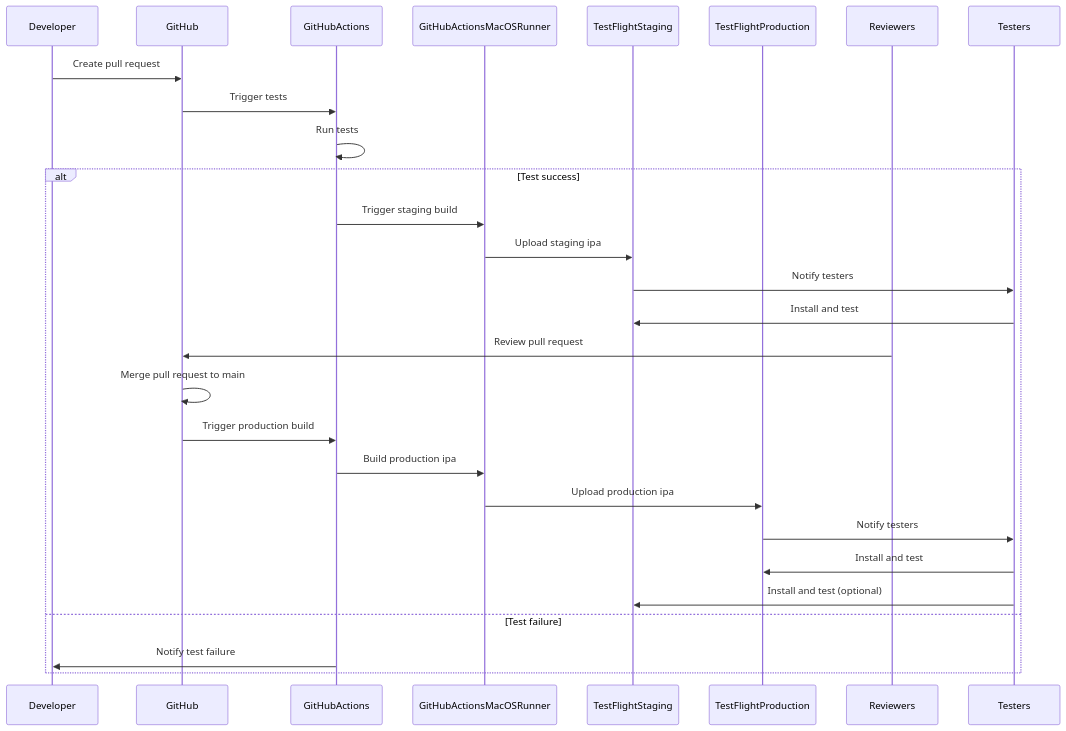
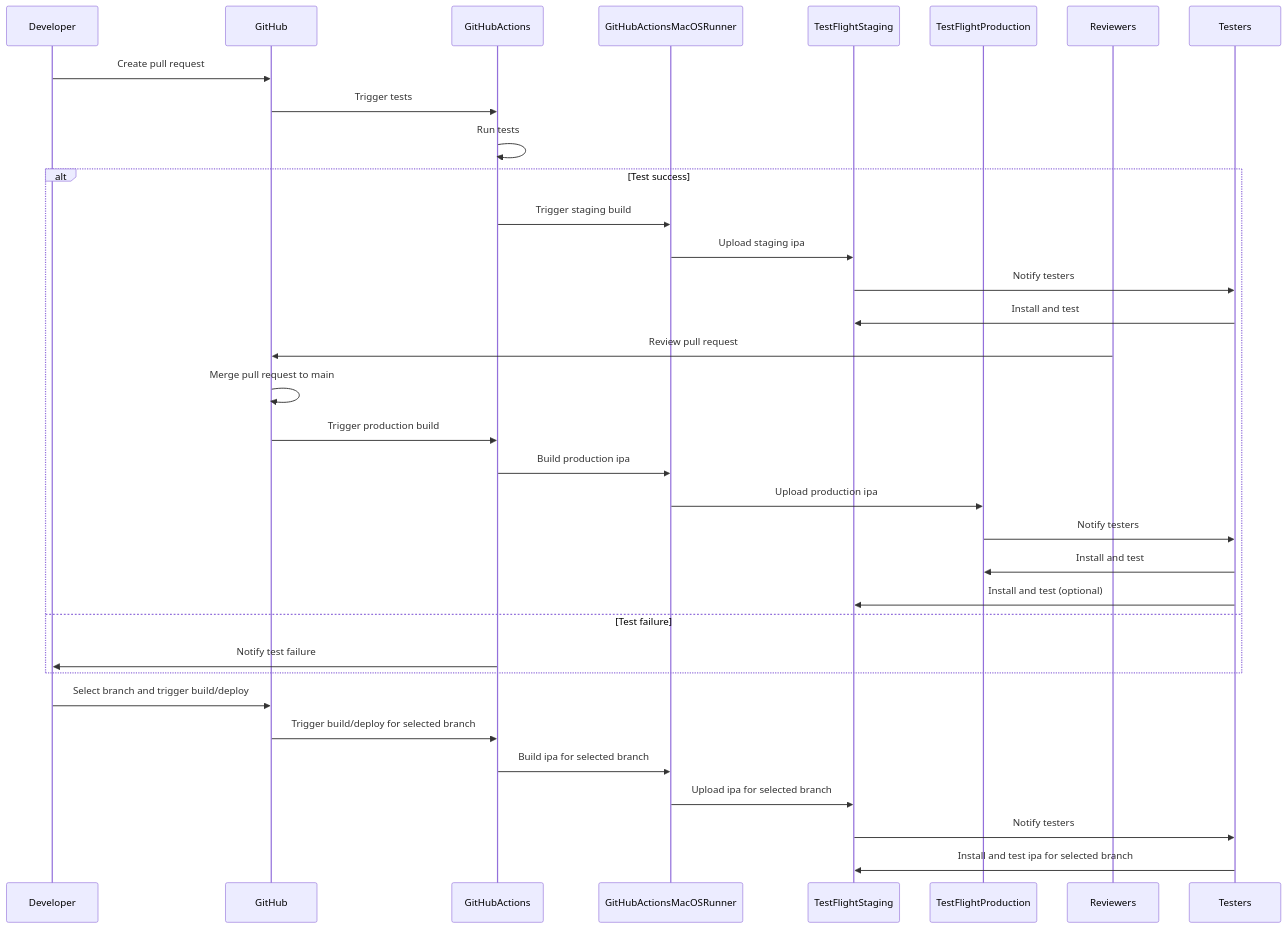
The fifth of 5 diagrams in android_build.md (hamatz/tech_doc), drawn with Mermaid before and after one commit. The commit also changed other lines of this file, not shown here.

````diff
--- a/android_build.md
+++ b/android_build.md
@@ -477,31 +618,38 @@
 ```mermaid
 sequenceDiagram
     participant Developer
     participant GitHub
     participant GitHubActions
     participant GitHubActionsMacOSRunner
     participant TestFlightStaging
     participant TestFlightProduction
     participant Reviewers
     participant Testers
     
     Developer->>GitHub: Create pull request
     GitHub->>GitHubActions: Trigger tests
     GitHubActions->>GitHubActions: Run tests
     alt Test success
         GitHubActions->>GitHubActionsMacOSRunner: Trigger staging build
         GitHubActionsMacOSRunner->>TestFlightStaging: Upload staging ipa
         TestFlightStaging->>Testers: Notify testers
         Testers->>TestFlightStaging: Install and test
         Reviewers->>GitHub: Review pull request
         GitHub->>GitHub: Merge pull request to main
         GitHub->>GitHubActions: Trigger production build
         GitHubActions->>GitHubActionsMacOSRunner: Build production ipa
         GitHubActionsMacOSRunner->>TestFlightProduction: Upload production ipa
         TestFlightProduction->>Testers: Notify testers
         Testers->>TestFlightProduction: Install and test
         Testers->>TestFlightStaging: Install and test (optional)
     else Test failure
         GitHubActions->>Developer: Notify test failure
     end
+    
+    Developer->>GitHub: Select branch and trigger build/deploy
+    GitHub->>GitHubActions: Trigger build/deploy for selected branch
+    GitHubActions->>GitHubActionsMacOSRunner: Build ipa for selected branch
+    GitHubActionsMacOSRunner->>TestFlightStaging: Upload ipa for selected branch
+    TestFlightStaging->>Testers: Notify testers
+    Testers->>TestFlightStaging: Install and test ipa for selected branch
 ```
````
